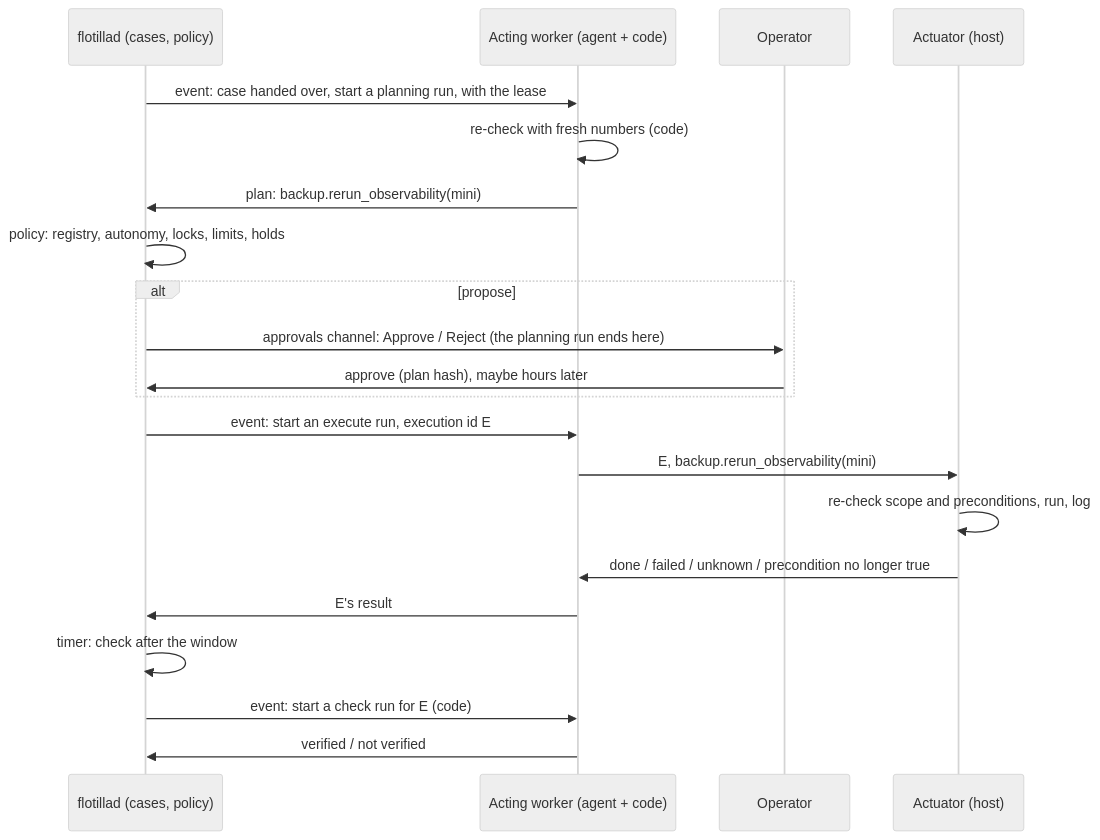
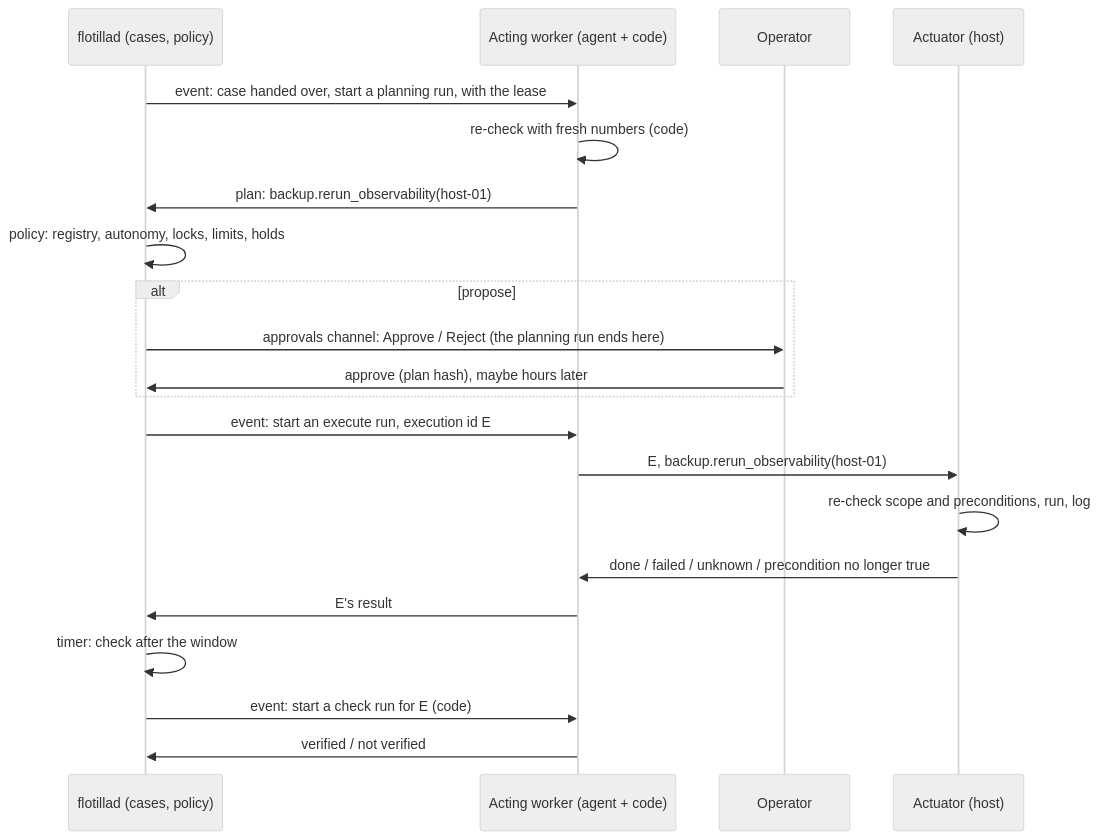
Before and after one commit to chipi/flotilla: the fourth of 7 diagrams in docs/rfc/RFC-0004-agent-pipeline.md, drawn with Mermaid (neutral theme). The commit also changed other lines of this file and 90 other files, not shown here.

````diff
--- a/docs/rfc/RFC-0004-agent-pipeline.md
+++ b/docs/rfc/RFC-0004-agent-pipeline.md
@@ -388,23 +388,23 @@
 ```mermaid
 sequenceDiagram
     participant F as flotillad (cases, policy)
     participant A as Acting worker (agent + code)
     participant Op as Operator
     participant X as Actuator (host)
     F->>A: event: case handed over, start a planning run, with the lease
     A->>A: re-check with fresh numbers (code)
-    A->>F: plan: backup.rerun_observability(mini)
+    A->>F: plan: backup.rerun_observability(host-01)
     F->>F: policy: registry, autonomy, locks, limits, holds
     alt propose
         F->>Op: approvals channel: Approve / Reject (the planning run ends here)
         Op->>F: approve (plan hash), maybe hours later
     end
     F->>A: event: start an execute run, execution id E
-    A->>X: E, backup.rerun_observability(mini)
+    A->>X: E, backup.rerun_observability(host-01)
     X->>X: re-check scope and preconditions, run, log
     X->>A: done / failed / unknown / precondition no longer true
     A->>F: E's result
     F->>F: timer: check after the window
     F->>A: event: start a check run for E (code)
     A->>F: verified / not verified
 ```
````
